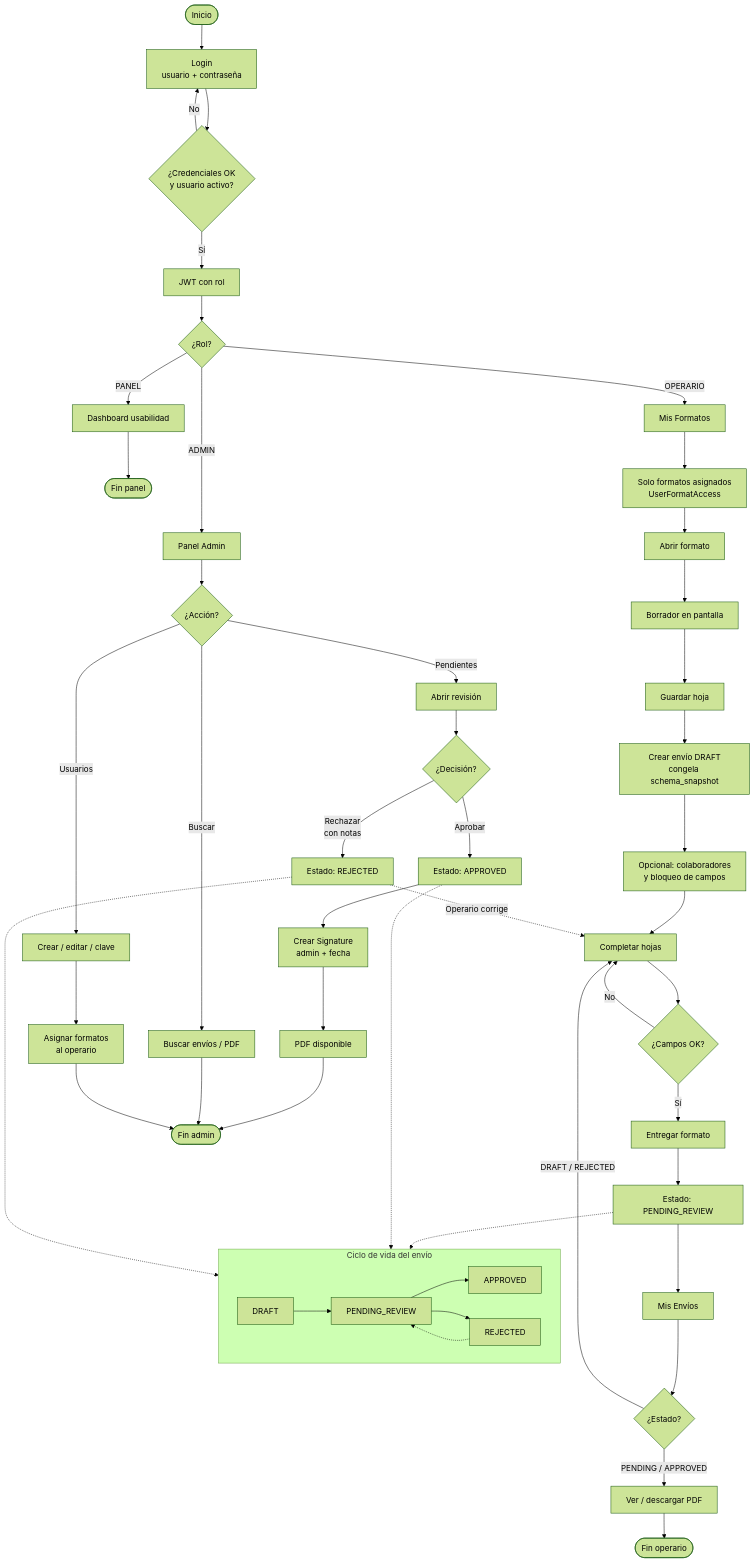
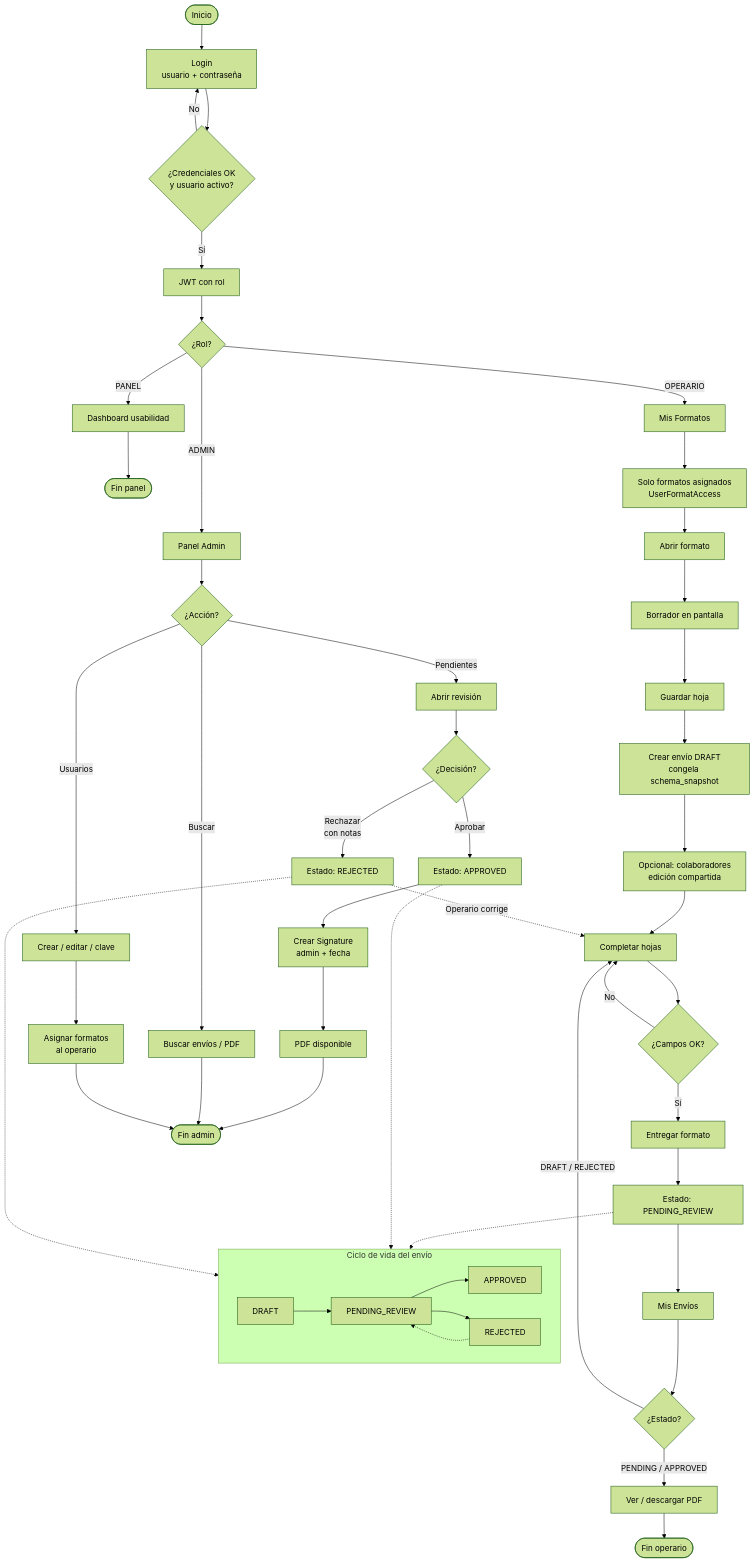
One commit to desarrollotecnologia/Colbeef-Ops changed the diagram in docs/diagrama-flujo-colbeef-ops.md. Above: the diagram before and after it, drawn with Mermaid (forest theme). The commit also changed other lines of this file and 16 other files, not shown here.

````diff
--- a/docs/diagrama-flujo-colbeef-ops.md
+++ b/docs/diagrama-flujo-colbeef-ops.md
@@ -5,65 +5,65 @@
 ```mermaid
 flowchart TB
   Start([Inicio]) --> Login[Login<br/>usuario + contraseña]
   Login --> Auth{¿Credenciales OK<br/>y usuario activo?}
   Auth -->|No| Login
   Auth -->|Sí| JWT[JWT con rol]
   JWT --> Rol{¿Rol?}
 
   %% ── PANEL ──────────────────────────────────────
   Rol -->|PANEL| Panel[Dashboard usabilidad]
   Panel --> FinPanel([Fin panel])
 
   %% ── OPERARIO ───────────────────────────────────
   Rol -->|OPERARIO| OpHome[Mis Formatos]
   OpHome --> Filtro[Solo formatos asignados<br/>UserFormatAccess]
   Filtro --> Abrir[Abrir formato]
   Abrir --> Local[Borrador en pantalla]
   Local --> Guardar[Guardar hoja]
   Guardar --> Draft[Crear envío DRAFT<br/>congela schema_snapshot]
-  Draft --> Collab[Opcional: colaboradores<br/>y bloqueo de campos]
+  Draft --> Collab[Opcional: colaboradores<br/>edición compartida]
   Collab --> Llenar[Completar hojas]
   Llenar --> Validar{¿Campos OK?}
   Validar -->|No| Llenar
   Validar -->|Sí| Enviar[Entregar formato]
   Enviar --> Pending[Estado: PENDING_REVIEW]
   Pending --> MisEnvios[Mis Envíos]
   MisEnvios --> VerEstado{¿Estado?}
   VerEstado -->|DRAFT / REJECTED| Llenar
   VerEstado -->|PENDING / APPROVED| OpPDF[Ver / descargar PDF]
   OpPDF --> FinOp([Fin operario])
 
   %% ── ADMIN ──────────────────────────────────────
   Rol -->|ADMIN| AdminHome[Panel Admin]
   AdminHome --> AdminMenu{¿Acción?}
 
   AdminMenu -->|Pendientes| Revisar[Abrir revisión]
   Revisar --> Decision{¿Decisión?}
   Decision -->|Aprobar| Approved[Estado: APPROVED]
   Approved --> Firma[Crear Signature<br/>admin + fecha]
   Firma --> AdminPDF[PDF disponible]
   AdminPDF --> FinAdmin([Fin admin])
 
   Decision -->|Rechazar<br/>con notas| Rejected[Estado: REJECTED]
   Rejected -.->|Operario corrige| Llenar
 
   AdminMenu -->|Buscar| Buscar[Buscar envíos / PDF]
   Buscar --> FinAdmin
 
   AdminMenu -->|Usuarios| Users[Crear / editar / clave]
   Users --> Permisos[Asignar formatos<br/>al operario]
   Permisos --> FinAdmin
 
   %% ── CICLO DE ESTADOS ───────────────────────────
   subgraph Ciclo["Ciclo de vida del envío"]
     direction LR
     S1[DRAFT] --> S2[PENDING_REVIEW]
     S2 --> S3[APPROVED]
     S2 --> S4[REJECTED]
     S4 -.-> S2
   end
 
   Pending -.-> S2
   Approved -.-> S3
   Rejected -.-> S4
 ```
````
